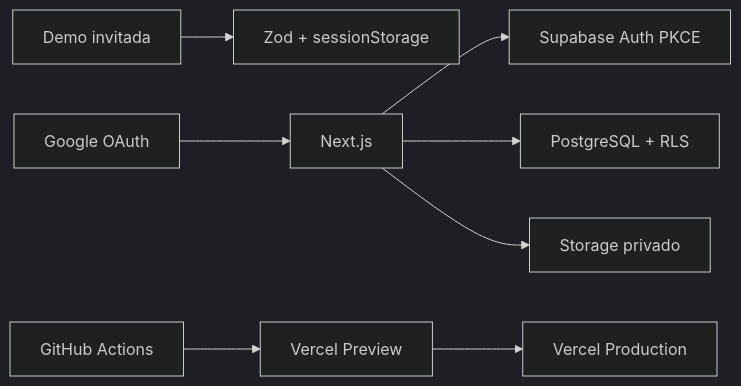
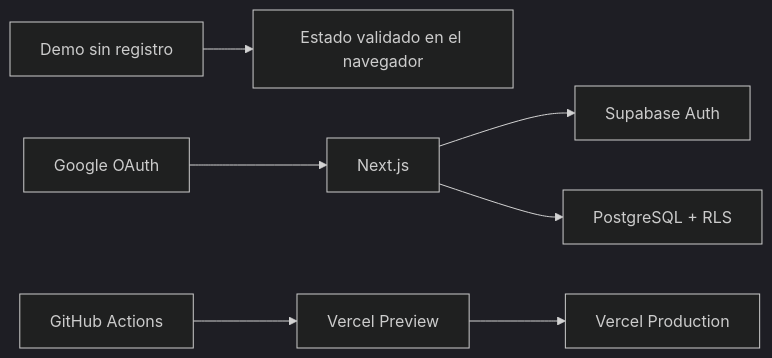
The diagram in README.md (antoniojesusdelgado/management-platform-demo), drawn with Mermaid (dark theme) before and after one commit. The commit also changed other lines of this file and 6 other files, not shown here.

````diff
--- a/README.md
+++ b/README.md
@@ -29,10 +31,9 @@
 ```mermaid
 flowchart LR
-  guest["Demo invitada"] --> session["Zod + sessionStorage"]
-  user["Google OAuth"] --> next["Next.js"]
-  next --> auth["Supabase Auth PKCE"]
-  next --> db["PostgreSQL + RLS"]
-  next --> storage["Storage privado"]
+  guest["Demo sin registro"] --> session["Estado validado en el navegador"]
+  user["Google OAuth"] --> app["Next.js"]
+  app --> auth["Supabase Auth"]
+  app --> db["PostgreSQL + RLS"]
   github["GitHub Actions"] --> preview["Vercel Preview"]
   preview --> production["Vercel Production"]
 ```
````
